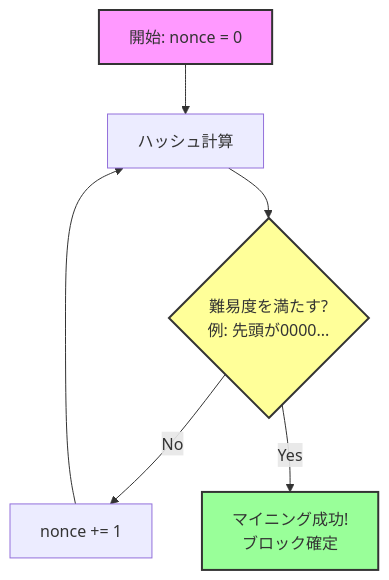
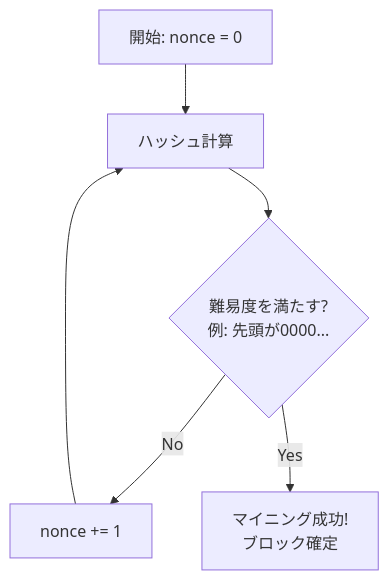
The diagram in books/zig-blockchain/chapter4.md (susumutomita/zenn-article), drawn with Mermaid before and after one commit. The commit also changed 10 other files, not shown here.

First line of the commit message:
Zig本を無料公開しMermaid表示を修正する (#257)

````diff
--- a/books/zig-blockchain/chapter4.md
+++ b/books/zig-blockchain/chapter4.md
@@ -11,12 +11,9 @@
 ```mermaid
 graph TD
     Start[開始: nonce = 0] --> Calc[ハッシュ計算]
     Calc --> Check{難易度を満たす?<br/>例: 先頭が0000...}
     Check -->|No| Increment[nonce += 1]
     Increment --> Calc
     Check -->|Yes| Success[マイニング成功!<br/>ブロック確定]
 
-    style Start fill:#f9f,stroke:#333,stroke-width:2px
-    style Success fill:#9f9,stroke:#333,stroke-width:2px
-    style Check fill:#ff9,stroke:#333,stroke-width:2px
 ```
````
